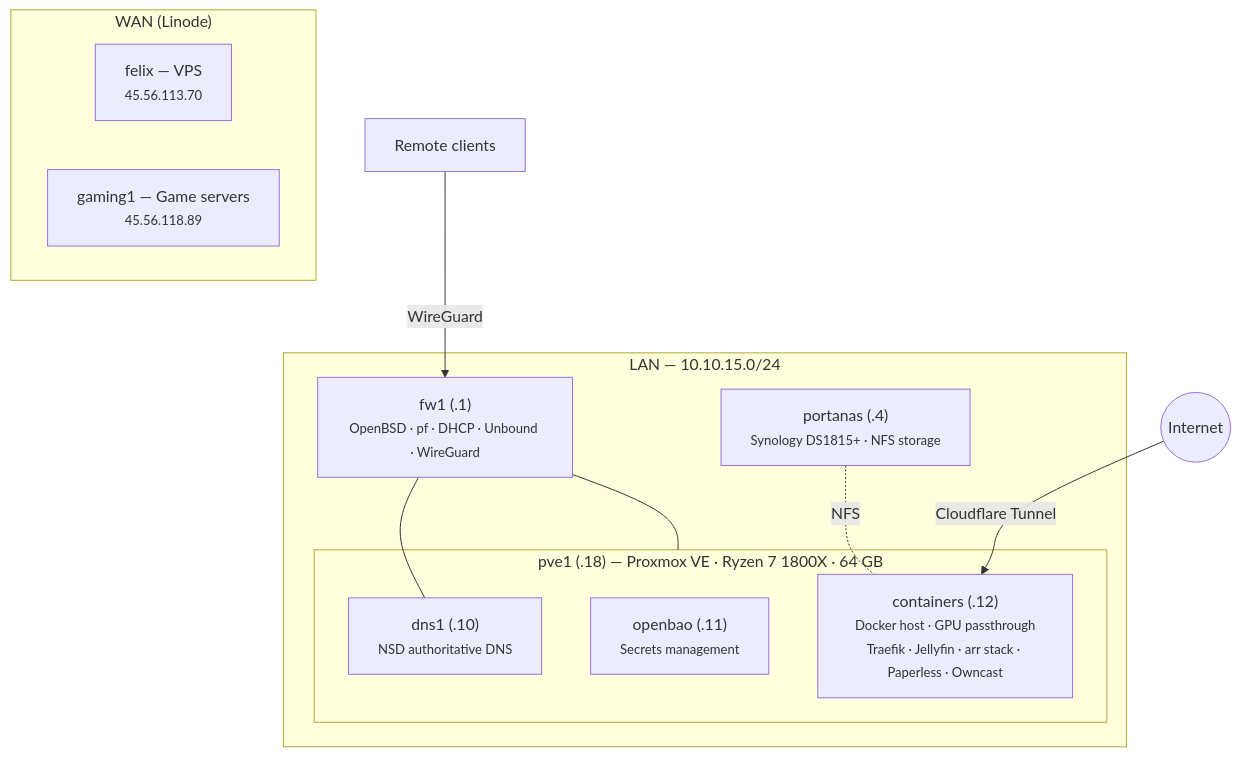
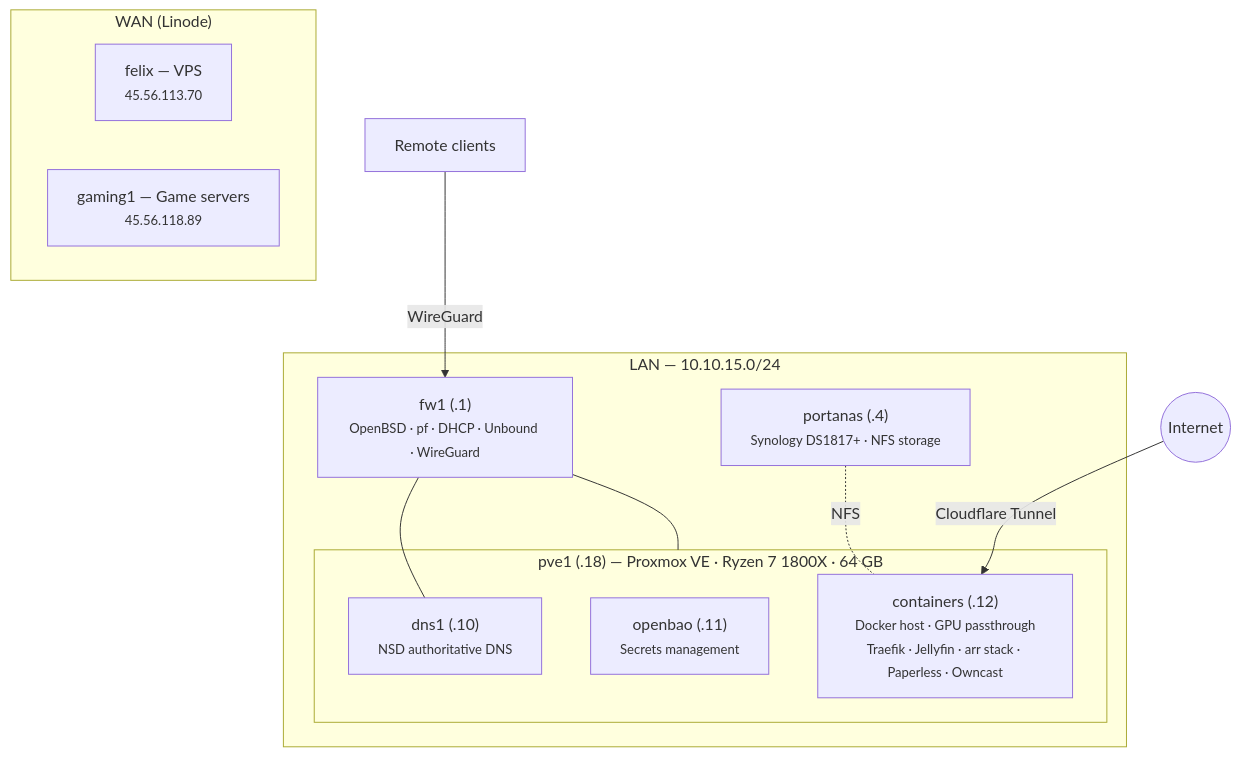
Before and after one commit to cwage/homelab: the diagram in docs/hardware.md, drawn with Mermaid. The commit also changed other lines of this file, not shown here.

````diff
--- a/docs/hardware.md
+++ b/docs/hardware.md
@@ -7,28 +7,28 @@
 ```mermaid
 graph TD
     internet(("Internet"))
 
     subgraph WAN["WAN (Linode)"]
         felix["felix — VPS<br/><small>45.56.113.70</small>"]
         gaming1["gaming1 — Game servers<br/><small>45.56.118.89</small>"]
     end
 
     subgraph LAN["LAN — 10.10.15.0/24"]
         fw1["fw1 (.1)<br/><small>OpenBSD · pf · DHCP · Unbound · WireGuard</small>"]
-        portanas["portanas (.4)<br/><small>Synology DS1815+ · NFS storage</small>"]
+        portanas["portanas (.4)<br/><small>Synology DS1817+ · NFS storage</small>"]
 
         subgraph pve1["pve1 (.18) — Proxmox VE · Ryzen 7 1800X · 64 GB"]
             dns1["dns1 (.10)<br/><small>NSD authoritative DNS</small>"]
             openbao["openbao (.11)<br/><small>Secrets management</small>"]
             containers["containers (.12)<br/><small>Docker host · GPU passthrough</small><br/><small>Traefik · Jellyfin · arr stack · Paperless · Owncast</small>"]
         end
     end
 
     vpn_clients["Remote clients"]
 
     internet -->|Cloudflare Tunnel| containers
     vpn_clients -->|WireGuard| fw1
     fw1 --- pve1
     portanas -.-|NFS| containers
     fw1 --- dns1
 ```
````
